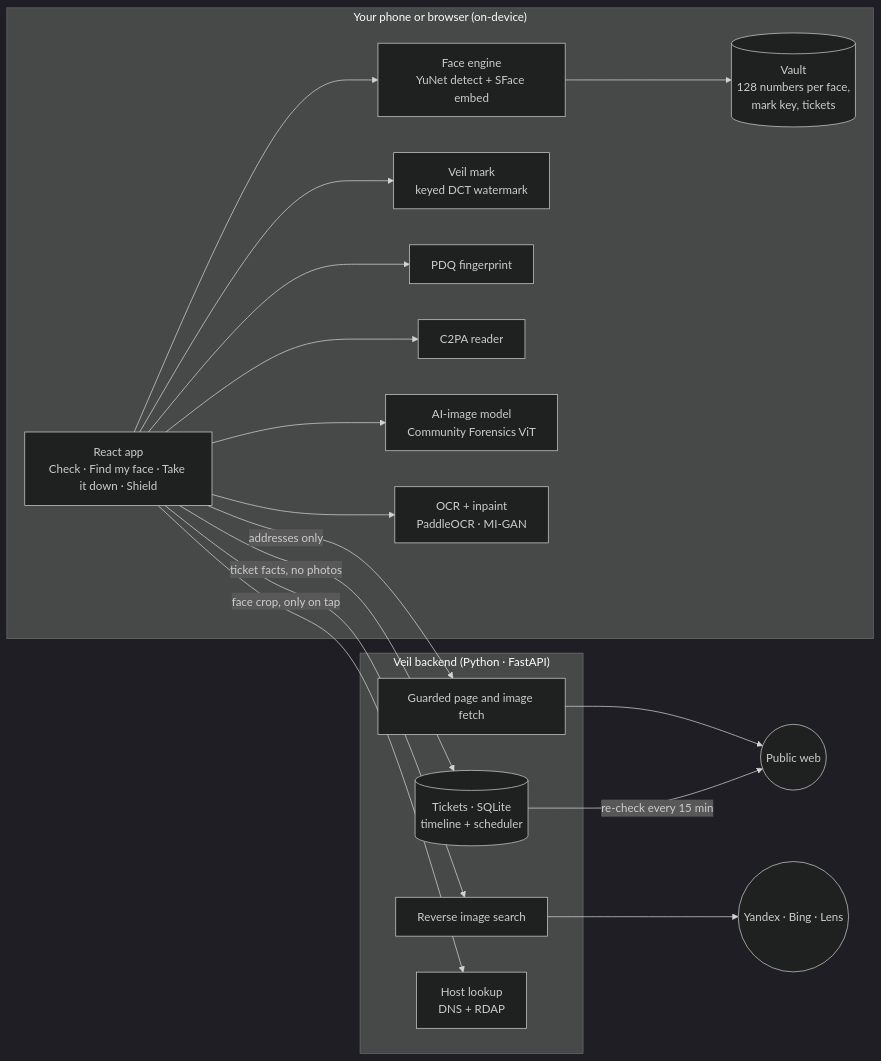
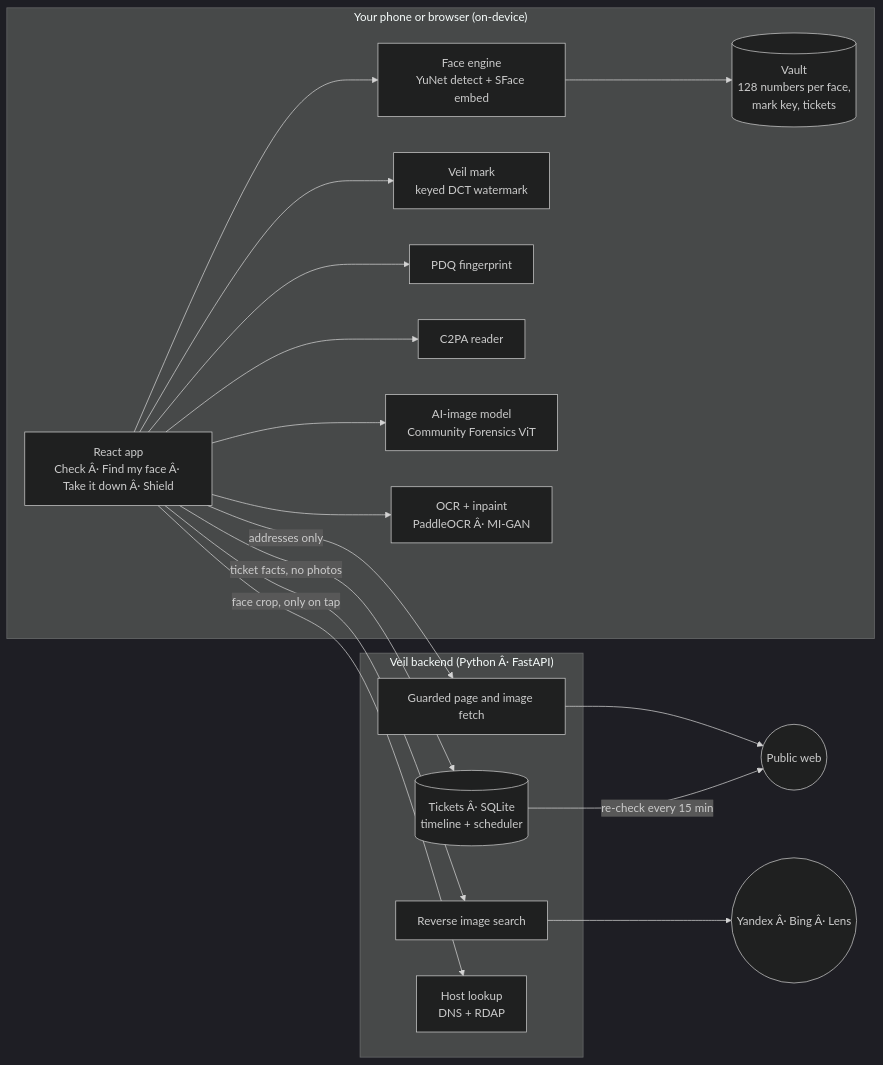
One commit to coldMEW/Veil changed the first of 3 diagrams in README.md. Above: the diagram before and after it, drawn with Mermaid (dark theme). The commit also changed other lines of this file, not shown here.

Commit message:
README: correct the model download size

````diff
--- a/README.md
+++ b/README.md
@@ -34,28 +34,28 @@
 ```mermaid
 flowchart LR
     subgraph Device["Your phone or browser (on-device)"]
-        UI["React app<br/>Check · Find my face · Take it down · Shield"]
+        UI["React app<br/>Check Â· Find my face Â· Take it down Â· Shield"]
         Face["Face engine<br/>YuNet detect + SFace embed"]
         Mark["Veil mark<br/>keyed DCT watermark"]
         PDQ["PDQ fingerprint"]
         C2PA["C2PA reader"]
         AI["AI-image model<br/>Community Forensics ViT"]
-        OCR["OCR + inpaint<br/>PaddleOCR · MI-GAN"]
+        OCR["OCR + inpaint<br/>PaddleOCR Â· MI-GAN"]
         Vault[("Vault<br/>128 numbers per face,<br/>mark key, tickets")]
     end
-    subgraph Server["Veil backend (Python · FastAPI)"]
+    subgraph Server["Veil backend (Python Â· FastAPI)"]
         Scan["Guarded page and image fetch"]
         Hunt["Reverse image search"]
-        Tix[("Tickets · SQLite<br/>timeline + scheduler")]
+        Tix[("Tickets Â· SQLite<br/>timeline + scheduler")]
         Host["Host lookup<br/>DNS + RDAP"]
     end
     Web(("Public web"))
-    Engines(("Yandex · Bing · Lens"))
+    Engines(("Yandex Â· Bing Â· Lens"))
     UI --> Face & Mark & PDQ & C2PA & AI & OCR
     Face --> Vault
     UI -- "face crop, only on tap" --> Hunt --> Engines
     UI -- "addresses only" --> Scan --> Web
     UI -- "ticket facts, no photos" --> Tix
     Tix -- "re-check every 15 min" --> Web
     UI --> Host
 ```
````
